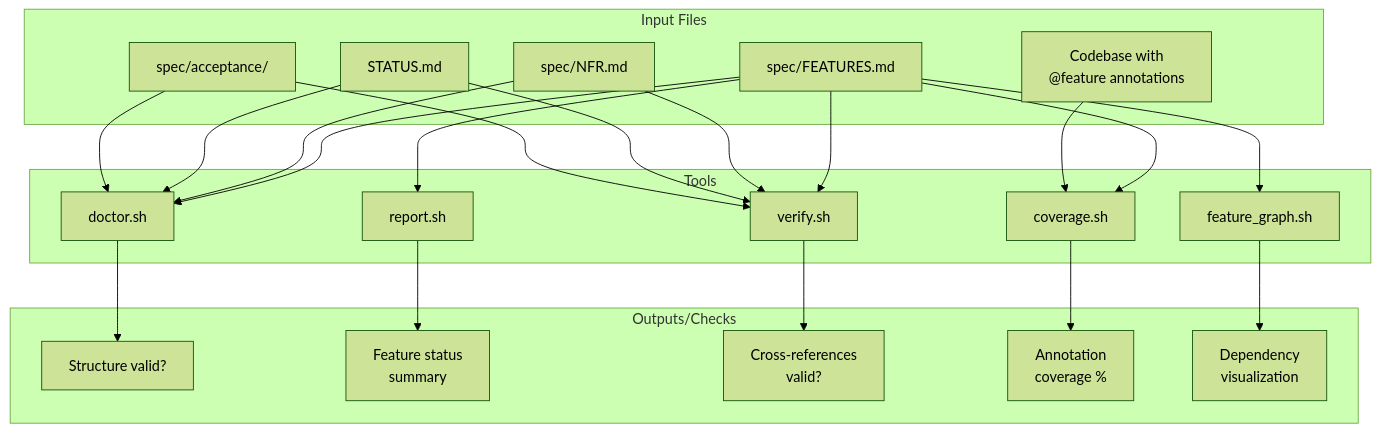
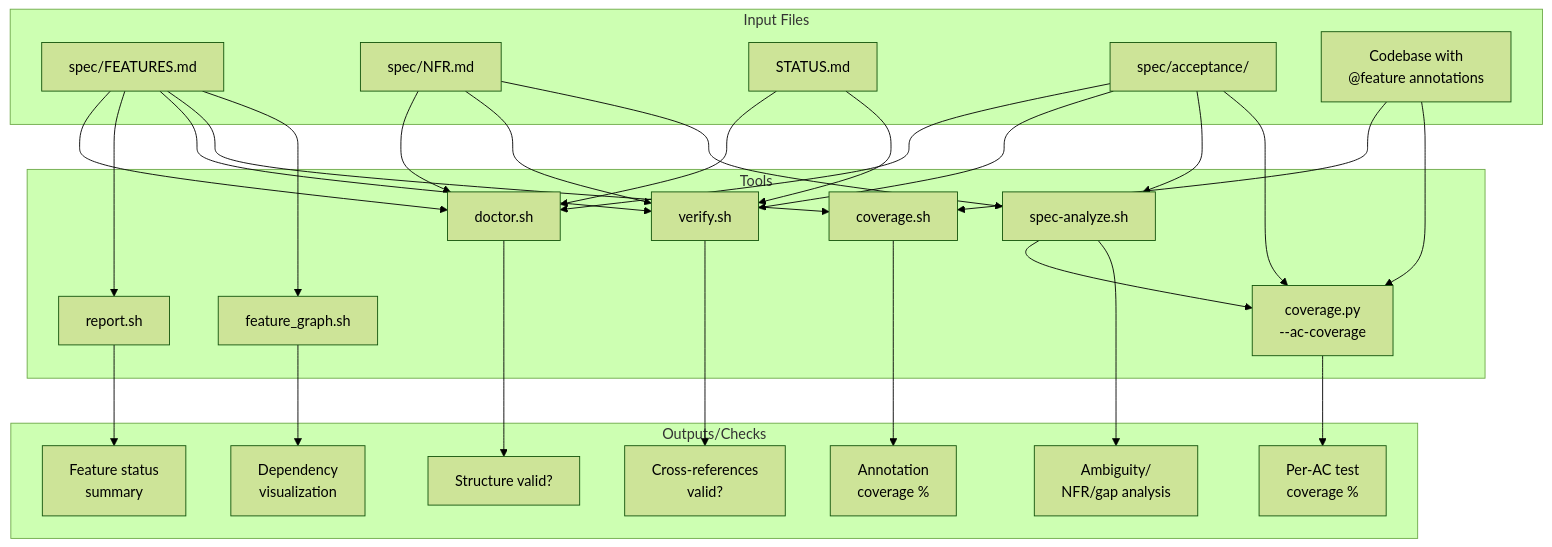
One commit to tomgun/agentic-framework changed the fifth of 10 diagrams in .agentic/FRAMEWORK_MAP.md. Above: the diagram before and after it, drawn with Mermaid (forest theme). The commit also changed other lines of this file and 60 other files, not shown here.

First line of the commit message:
feat: SDD insights — spec analysis, AC coverage, templates (F-0148–F-0153) (#59)

````diff
--- a/.agentic/FRAMEWORK_MAP.md
+++ b/.agentic/FRAMEWORK_MAP.md
@@ -144,49 +150,61 @@
 ```mermaid
 graph TD
     subgraph inputs [Input Files]
         FEAT[spec/FEATURES.md]
         NFRS[spec/NFR.md]
         STAT[STATUS.md]
         ACC[spec/acceptance/]
         CODE[Codebase with<br/>@feature annotations]
     end
     
     subgraph tools [Tools]
         DOC[doctor.sh]
         REP[report.sh]
         VER[verify.sh]
         COV[coverage.sh]
         GRAPH[feature_graph.sh]
+        ANALYZE[spec-analyze.sh]
+        ACCOV[coverage.py<br/>--ac-coverage]
     end
-    
+
     subgraph outputs [Outputs/Checks]
         Structure[Structure valid?]
         FeatStatus[Feature status<br/>summary]
         CrossRef[Cross-references<br/>valid?]
         Coverage[Annotation<br/>coverage %]
         DepGraph[Dependency<br/>visualization]
+        SpecQuality[Ambiguity/<br/>NFR/gap analysis]
+        ACCoverage[Per-AC test<br/>coverage %]
     end
-    
+
     FEAT --> DOC
     NFRS --> DOC
     STAT --> DOC
     ACC --> DOC
-    
+
     DOC --> Structure
-    
+
     FEAT --> REP
     REP --> FeatStatus
-    
+
     FEAT --> VER
     NFRS --> VER
     STAT --> VER
     ACC --> VER
     VER --> CrossRef
-    
+
     FEAT --> COV
     CODE --> COV
     COV --> Coverage
-    
+
     FEAT --> GRAPH
     GRAPH --> DepGraph
+
+    ACC --> ANALYZE
+    NFRS --> ANALYZE
+    ANALYZE --> ACCOV
+    ANALYZE --> SpecQuality
+    ACC --> ACCOV
+    CODE --> ACCOV
+    ACCOV --> ACCoverage
 ```
````
